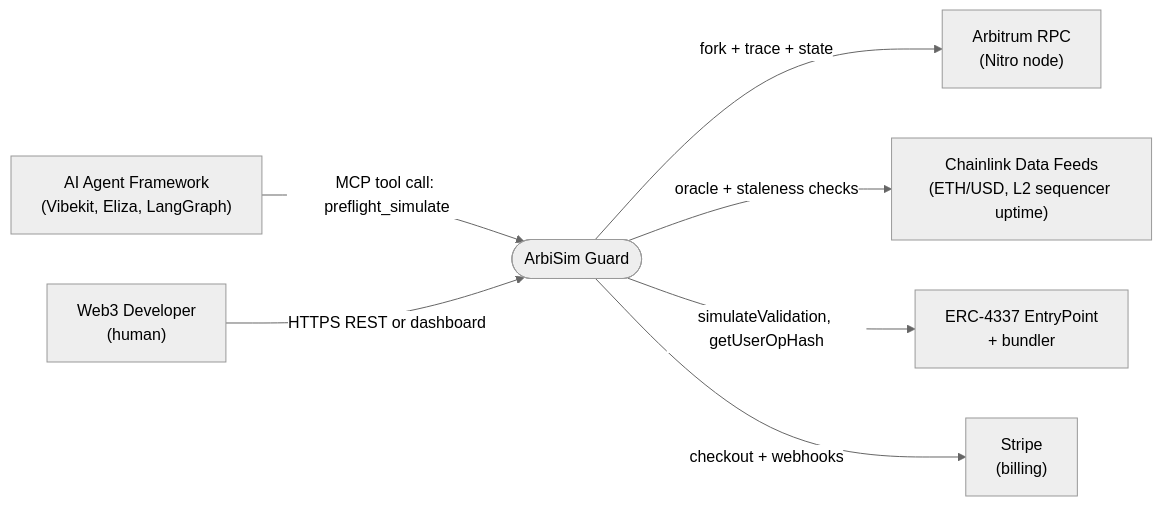
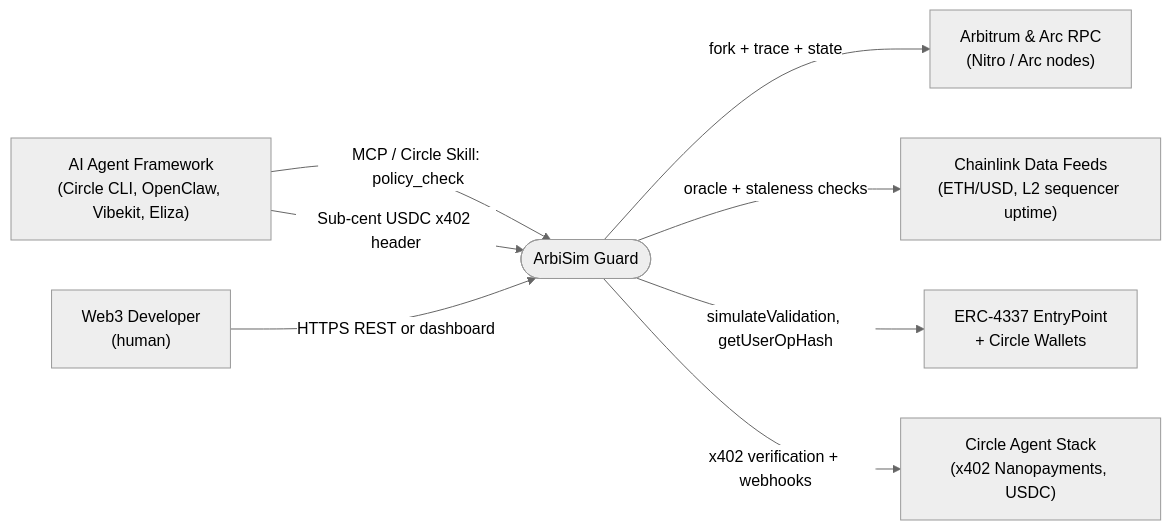
The first of 3 diagrams in docs/architecture/hld.md (CoderRahul01/ArbiSim), drawn with Mermaid (neutral theme) before and after one commit. The commit also changed other lines of this file and 10 other files, not shown here.

Commit message:
feat: implement Circle Agent Stack integration with x402 nanopayments middleware and transaction policy guardrails

````diff
--- a/docs/architecture/hld.md
+++ b/docs/architecture/hld.md
@@ -13,18 +13,19 @@
 ```mermaid
 flowchart LR
-    Agent["AI Agent Framework<br/>(Vibekit, Eliza, LangGraph)"]
+    Agent["AI Agent Framework<br/>(Circle CLI, OpenClaw, Vibekit, Eliza)"]
     Dev["Web3 Developer<br/>(human)"]
     ArbiSim(["ArbiSim Guard"])
-    ArbRPC["Arbitrum RPC<br/>(Nitro node)"]
+    ArbRPC["Arbitrum & Arc RPC<br/>(Nitro / Arc nodes)"]
     Chainlink["Chainlink Data Feeds<br/>(ETH/USD, L2 sequencer uptime)"]
-    EP["ERC-4337 EntryPoint<br/>+ bundler"]
-    Stripe["Stripe<br/>(billing)"]
+    EP["ERC-4337 EntryPoint<br/>+ Circle Wallets"]
+    Circle["Circle Agent Stack<br/>(x402 Nanopayments, USDC)"]
 
-    Agent -->|MCP tool call: preflight_simulate| ArbiSim
+    Agent -->|MCP / Circle Skill: policy_check| ArbiSim
     Dev    -->|HTTPS REST or dashboard| ArbiSim
+    Agent  -->|Sub-cent USDC x402 header| ArbiSim
 
     ArbiSim -->|fork + trace + state| ArbRPC
     ArbiSim -->|oracle + staleness checks| Chainlink
     ArbiSim -->|simulateValidation, getUserOpHash| EP
-    ArbiSim -->|checkout + webhooks| Stripe
+    ArbiSim -->|x402 verification + webhooks| Circle
 ```
````
